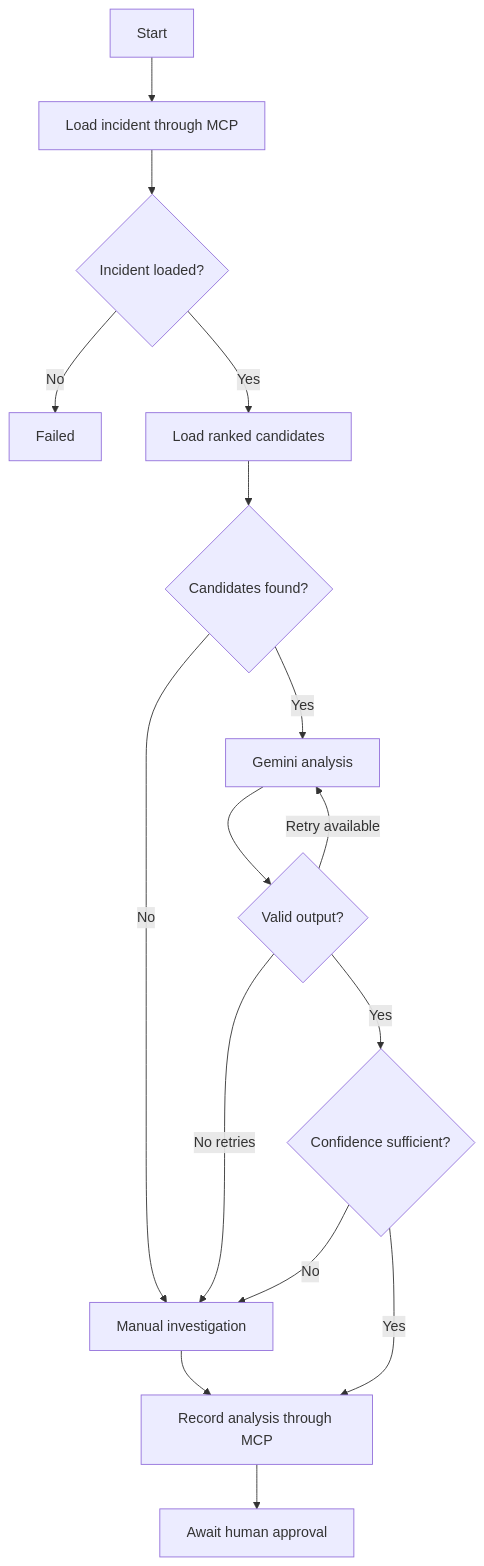
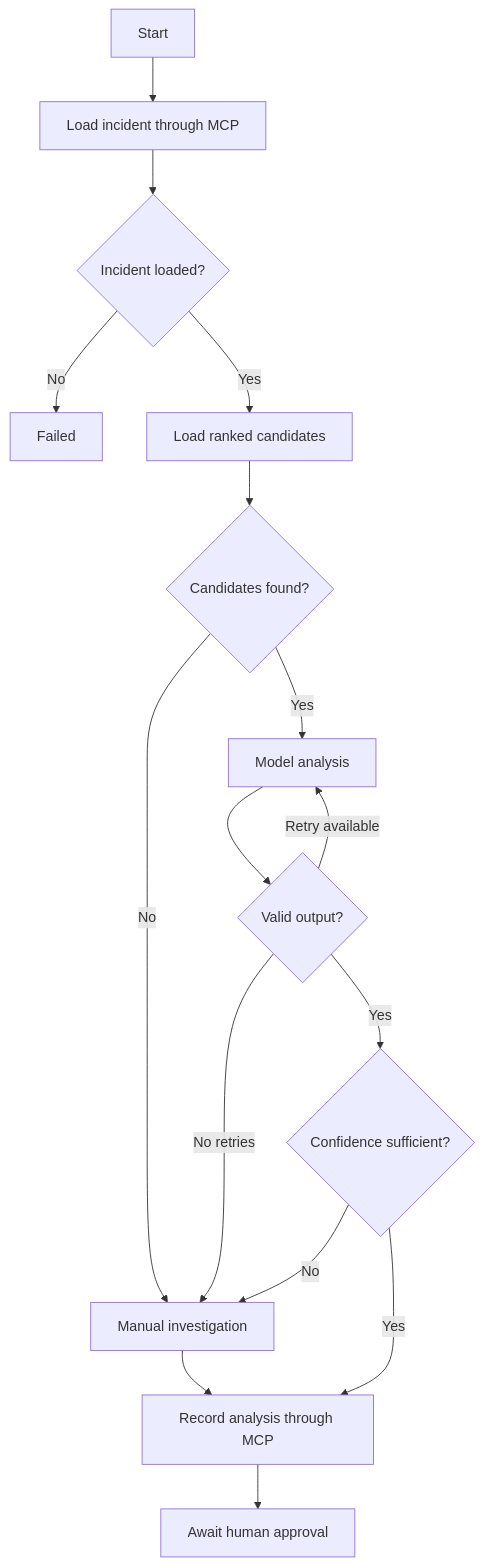
Before and after one commit to tusharsanka4/IncidentReport: the diagram in docs/agent.md, drawn with Mermaid. The commit also changed other lines of this file and 23 other files, not shown here.

Commit message:
added a basic frontend and a lot of bug fixes, moved from gemini model provider to groq for a more extensive free tier

````diff
--- a/docs/agent.md
+++ b/docs/agent.md
@@ -36,18 +36,18 @@
 ```mermaid
 flowchart TD
     A[Start] --> B[Load incident through MCP]
     B --> C{Incident loaded?}
     C -- No --> X[Failed]
     C -- Yes --> D[Load ranked candidates]
     D --> E{Candidates found?}
     E -- No --> M[Manual investigation]
-    E -- Yes --> F[Gemini analysis]
+    E -- Yes --> F[Model analysis]
     F --> G{Valid output?}
     G -- Retry available --> F
     G -- No retries --> M
     G -- Yes --> H{Confidence sufficient?}
     H -- No --> M
     H -- Yes --> I[Record analysis through MCP]
     M --> I
     I --> J[Await human approval]
 ```
````
